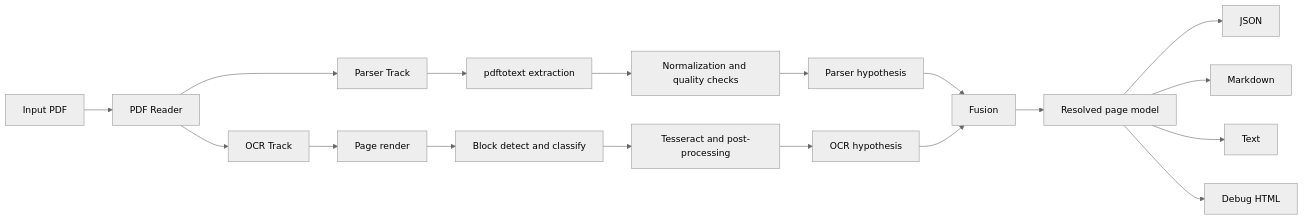
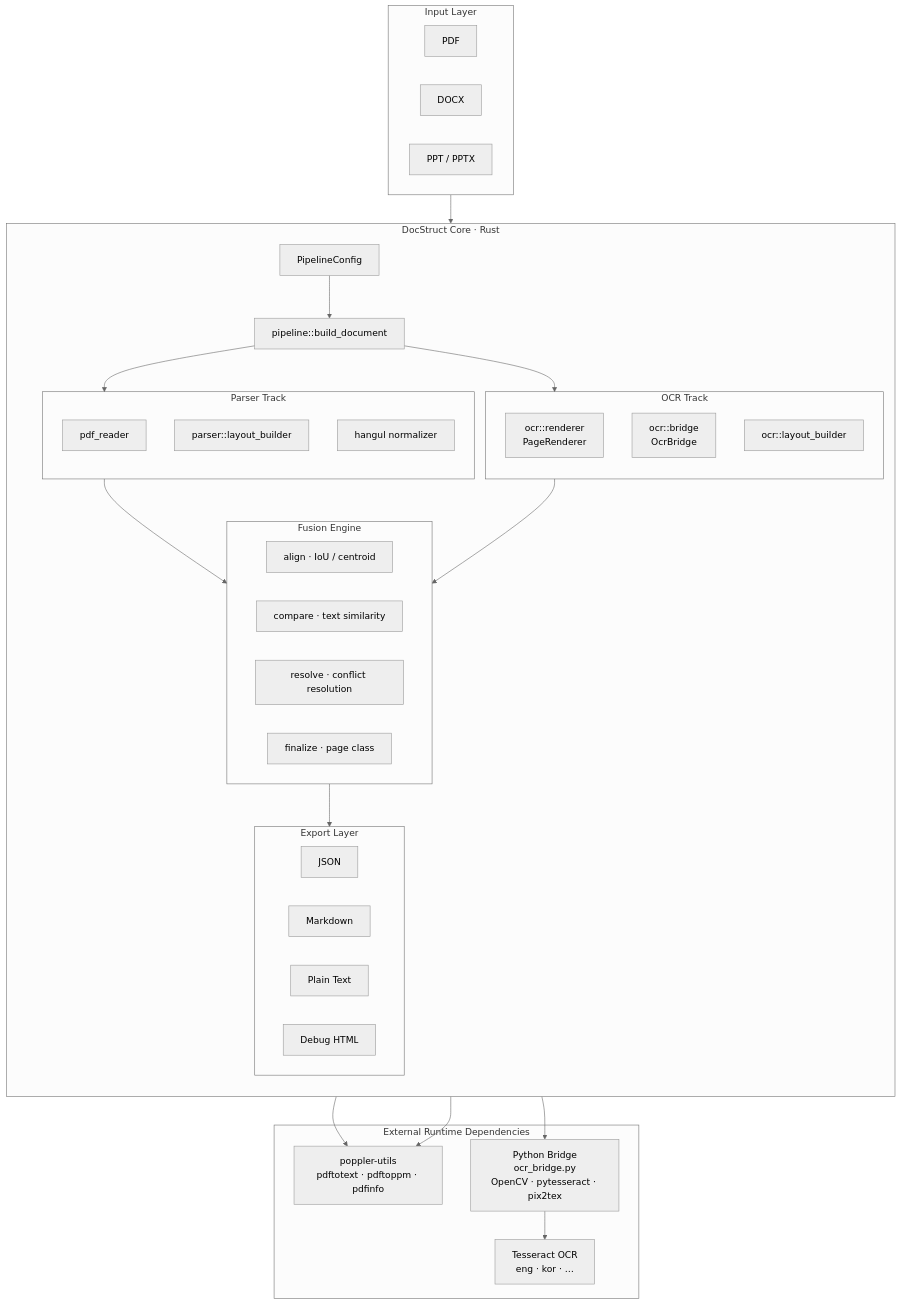
Before and after one commit to zeetee1235/DocStruct: the first of 6 diagrams in README.md, drawn with Mermaid (neutral theme). The commit also changed other lines of this file and 1 other file, not shown here.

````diff
--- a/README.md
+++ b/README.md
@@ -122,25 +55,59 @@
 ```mermaid
-flowchart LR
-    A[Input PDF] --> B[PDF Reader]
+graph TB
+    subgraph Input["Input Layer"]
+        I1[PDF]
+        I2[DOCX]
+        I3[PPT / PPTX]
+    end
 
-    B --> C[Parser Track]
-    B --> D[OCR Track]
+    subgraph Core["DocStruct Core  ·  Rust"]
+        direction TB
+        CFG[PipelineConfig]
+        PL[pipeline::build_document]
 
-    C --> C1[pdftotext extraction]
-    C1 --> C2[Normalization and quality checks]
-    C2 --> C3[Parser hypothesis]
+        subgraph Parser["Parser Track"]
+            PR[pdf_reader]
+            PL2[parser::layout_builder]
+            HG[hangul normalizer]
+        end
 
-    D --> D1[Page render]
-    D1 --> D2[Block detect and classify]
-    D2 --> D3[Tesseract and post-processing]
-    D3 --> D4[OCR hypothesis]
+        subgraph OCR["OCR Track"]
+            RND[ocr::renderer\nPageRenderer]
+            BRG[ocr::bridge\nOcrBridge]
+            OLB[ocr::layout_builder]
+        end
 
-    C3 --> E[Fusion]
-    D4 --> E
+        subgraph Fusion["Fusion Engine"]
+            ALN[align · IoU / centroid]
+            CMP[compare · text similarity]
+            RSV[resolve · conflict resolution]
+            FNL[finalize · page class]
+        end
 
-    E --> F[Resolved page model]
-    F --> G1[JSON]
-    F --> G2[Markdown]
-    F --> G3[Text]
-    F --> G4[Debug HTML]
+        subgraph Export["Export Layer"]
+            EJ[JSON]
+            EM[Markdown]
+            ET[Plain Text]
+            EH[Debug HTML]
+        end
+    end
+
+    subgraph Ext["External Runtime Dependencies"]
+        PP[poppler-utils\npdftotext · pdftoppm · pdfinfo]
+        TS[Tesseract OCR\neng · kor · …]
+        PY[Python Bridge\nocr_bridge.py\nOpenCV · pytesseract · pix2tex]
+    end
+
+    Input --> CFG
+    CFG --> PL
+    PL --> Parser
+    PL --> OCR
+    Parser --> Fusion
+    OCR --> Fusion
+    Fusion --> Export
+
+    PR --> PP
+    RND --> PP
+    BRG --> PY
+    PY --> TS
 ```
````
